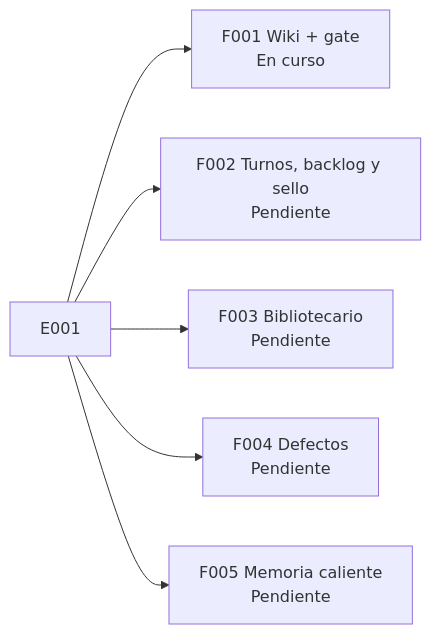
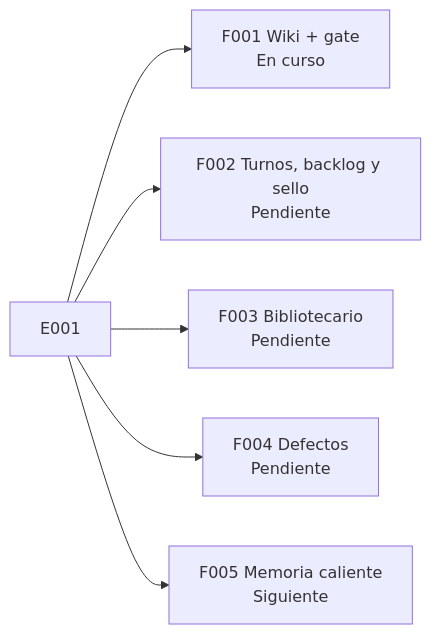
The second of 2 diagrams in docs/E001/README.md (jliberal-aquas/aquas-central-harness-government), drawn with Mermaid before and after one commit. The commit also changed other lines of this file and 2 other files, not shown here.

Commit message:
Wiki: mapa del trabajo en el inicio, nombre del método y F001 reabierta (T5)
El inicio solo enlazaba las iniciativas; para saber qué estaba hecho y
qué faltaba había que leer el canónico de E001. Ahora tiene «Mapa del
trabajo»: E000 y E001 con cada feature y slice, su estado y el orden de
ejecución de lo pendiente. Escrito a mano hasta que exista el backlog JSON.

- Nombre del método en el inicio: Aquas-driven development, en evolución.
- F001 Wiki + gate figuraba como completa en el canónico; S004 la reabre.
- La tabla de E001 suma F004 y F005 en orden de ejecución.
- Comandos y mapa del repo suman `aquas iniciar`, guardia y entorno.

````diff
--- a/docs/E001/README.md
+++ b/docs/E001/README.md
@@ -118,8 +120,8 @@
 ```mermaid
 flowchart LR
     E["E001"] --> F1["F001 Wiki + gate<br/>En curso"]
     E --> F2["F002 Turnos, backlog y sello<br/>Pendiente"]
     E --> F3["F003 Bibliotecario<br/>Pendiente"]
     E --> F4["F004 Defectos<br/>Pendiente"]
-    E --> F5["F005 Memoria caliente<br/>Pendiente"]
+    E --> F5["F005 Memoria caliente<br/>Siguiente"]
 ```
````
